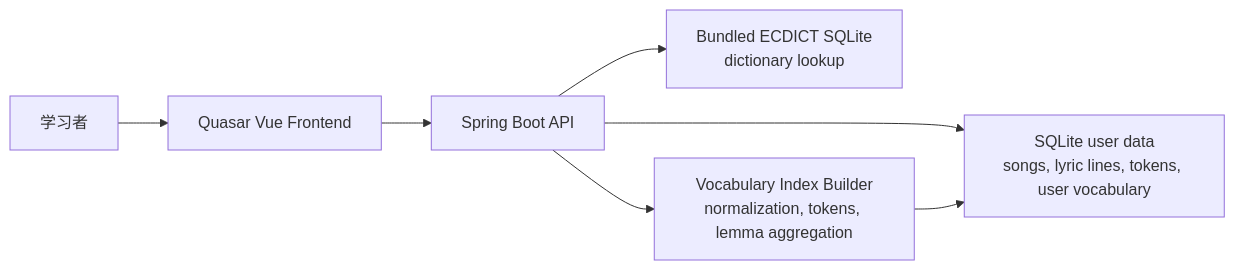
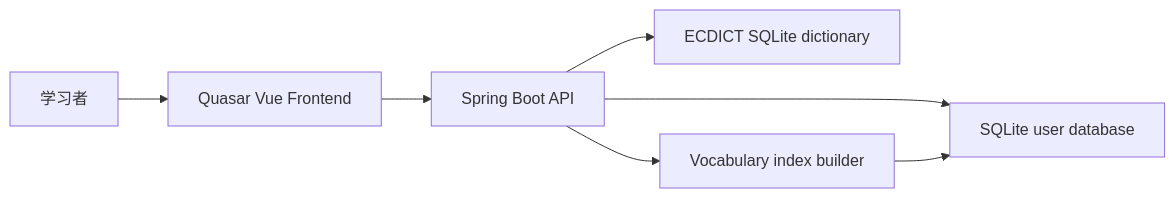
One commit to EachYoungX/IyricVocabularyBuilder changed the second of 2 diagrams in README.zh-CN.md. Above: the diagram before and after it, drawn with Mermaid. The commit also changed other lines of this file and 19 other files, not shown here.

````diff
--- a/README.zh-CN.md
+++ b/README.zh-CN.md
@@ -50,9 +50,9 @@
 ```mermaid
 flowchart LR
   User["学习者"] --> UI["Quasar Vue Frontend"]
   UI --> API["Spring Boot API"]
-  API --> SongDB["SQLite user data<br/>songs, lyric lines, tokens, user vocabulary"]
-  API --> DictDB["Bundled ECDICT SQLite<br/>dictionary lookup"]
-  API --> Indexer["Vocabulary Index Builder<br/>normalization, tokens, lemma aggregation"]
+  API --> SongDB["SQLite user database"]
+  API --> DictDB["ECDICT SQLite dictionary"]
+  API --> Indexer["Vocabulary index builder"]
   Indexer --> SongDB
 ```
````
